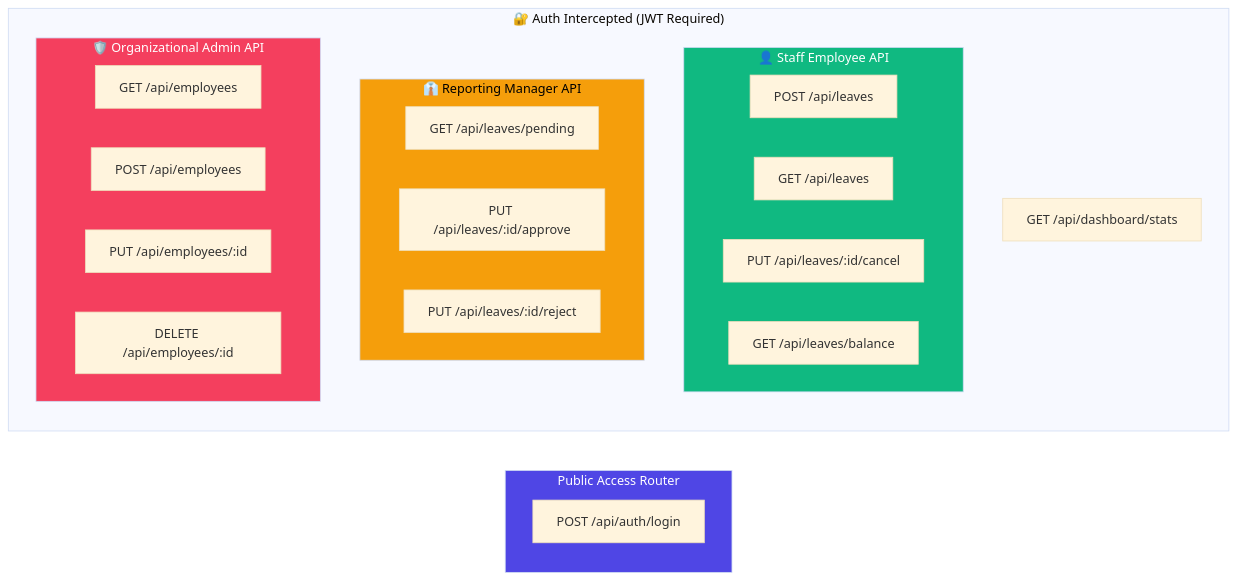
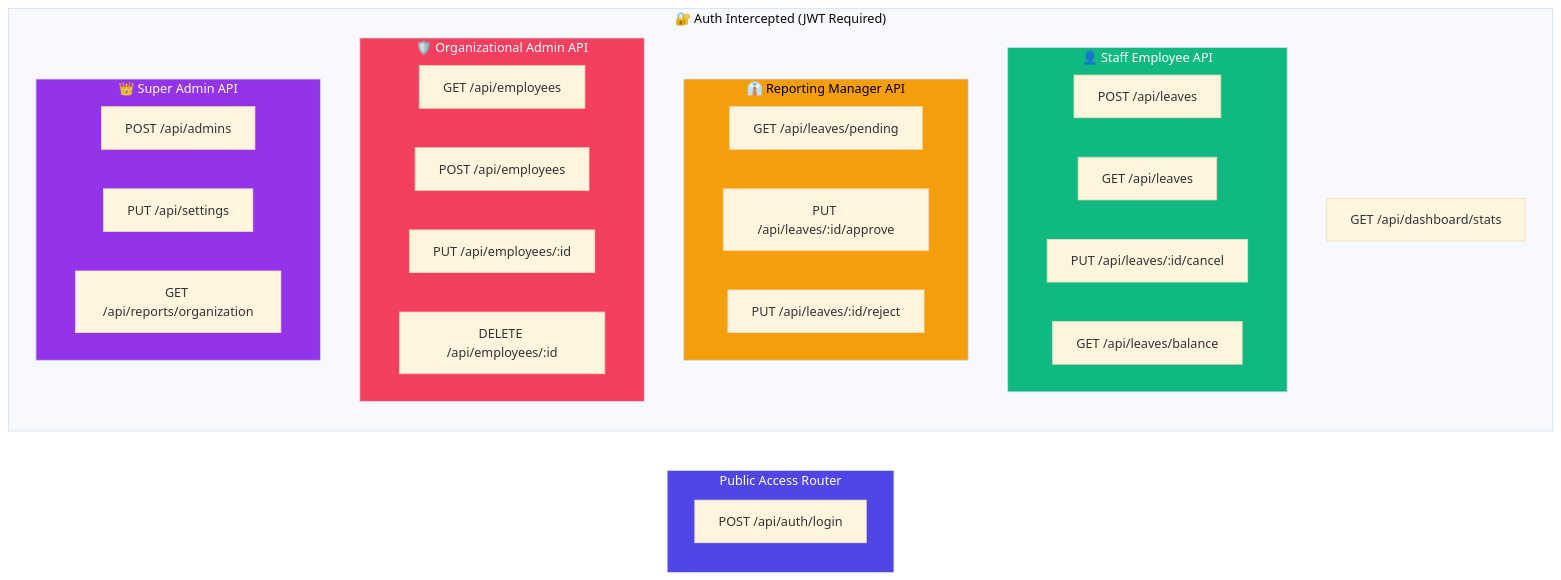
The third of 4 diagrams in docs/05-HLD.md (algorithnicmind/Bookflow-management), drawn with Mermaid (base theme) before and after one commit. The commit also changed other lines of this file and 1 other file, not shown here.

````diff
--- a/docs/05-HLD.md
+++ b/docs/05-HLD.md
@@ -166,35 +177,42 @@
 ```mermaid
 graph LR
     subgraph Public["Public Access Router"]
         L[POST /api/auth/login]
     end
     
     subgraph Authenticated["🔐 Auth Intercepted (JWT Required)"]
         subgraph Employee["👤 Staff Employee API"]
             E1[POST /api/leaves]
             E2[GET /api/leaves]
             E3[PUT /api/leaves/:id/cancel]
             E4[GET /api/leaves/balance]
         end
         
         subgraph ManagerOnly["👔 Reporting Manager API"]
             M1[GET /api/leaves/pending]
             M2[PUT /api/leaves/:id/approve]
             M3[PUT /api/leaves/:id/reject]
         end
         
         subgraph AdminOnly["🛡️ Organizational Admin API"]
             A1[GET /api/employees]
             A2[POST /api/employees]
             A3[PUT /api/employees/:id]
             A4[DELETE /api/employees/:id]
         end
         
+        subgraph SuperAdminOnly["👑 Super Admin API"]
+            SA1[POST /api/admins]
+            SA2[PUT /api/settings]
+            SA3[GET /api/reports/organization]
+        end
+        
         D1[GET /api/dashboard/stats]
     end
     
     style Public fill:#4F46E5,color:#fff
     style Employee fill:#10B981,color:#fff
     style ManagerOnly fill:#F59E0B,color:#000
     style AdminOnly fill:#F43F5E,color:#fff
+    style SuperAdminOnly fill:#9333EA,color:#fff
 ```
````
